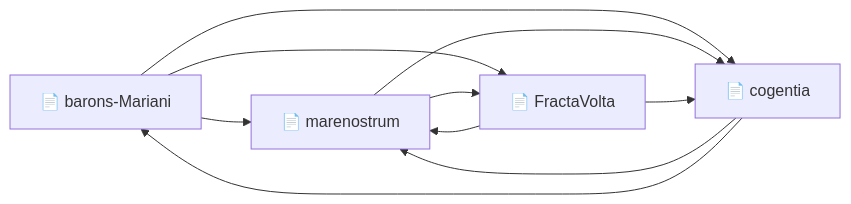
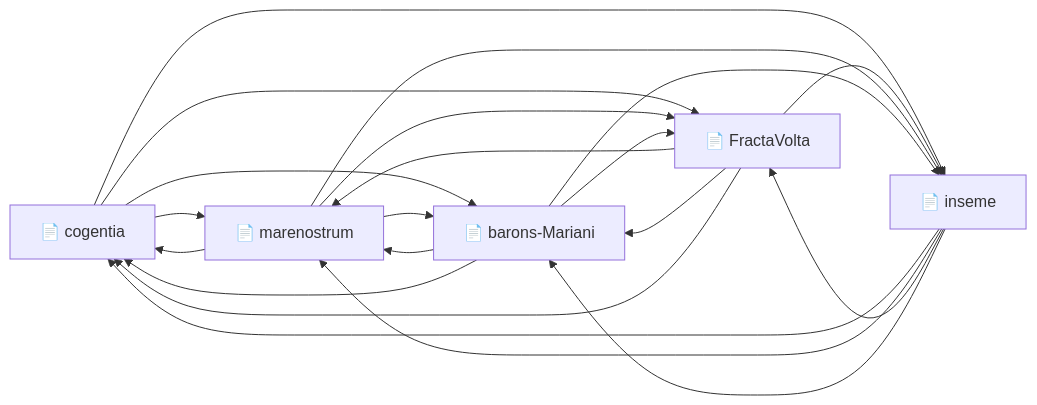
Before and after one commit to JeanHuguesRobert/barons-Mariani: the diagram in research/corpus-status.md, drawn with Mermaid. The commit also changed other lines of this file and 1 other file, not shown here.

Commit message:
Cogentia Commons graph

````diff
--- a/research/corpus-status.md
+++ b/research/corpus-status.md
@@ -39,12 +39,28 @@
 ```mermaid
 graph LR
-  barons-Mariani["📄 barons-Mariani"] --> marenostrum
+  cogentia["📄 cogentia"]
+  FractaVolta["📄 FractaVolta"]
+  marenostrum["📄 marenostrum"]
+  barons-Mariani["📄 barons-Mariani"]
+  inseme["📄 inseme"]
+  cogentia --> marenostrum
+  cogentia --> barons-Mariani
+  cogentia --> FractaVolta
+  cogentia --> inseme
+  FractaVolta --> marenostrum
+  FractaVolta --> barons-Mariani
+  FractaVolta --> cogentia
+  FractaVolta --> inseme
+  marenostrum --> barons-Mariani
+  marenostrum --> FractaVolta
+  marenostrum --> cogentia
+  marenostrum --> inseme
+  barons-Mariani --> marenostrum
+  barons-Mariani --> FractaVolta
   barons-Mariani --> cogentia
-  barons-Mariani --> FractaVolta
-  marenostrum["📄 marenostrum"] --> cogentia
-  marenostrum --> FractaVolta
-  cogentia["📄 cogentia"] --> marenostrum
-  cogentia --> barons-Mariani
-  FractaVolta["📄 FractaVolta"] --> marenostrum
-  FractaVolta --> cogentia
+  barons-Mariani --> inseme
+  inseme --> cogentia
+  inseme --> marenostrum
+  inseme --> FractaVolta
+  inseme --> barons-Mariani
 ```
````
